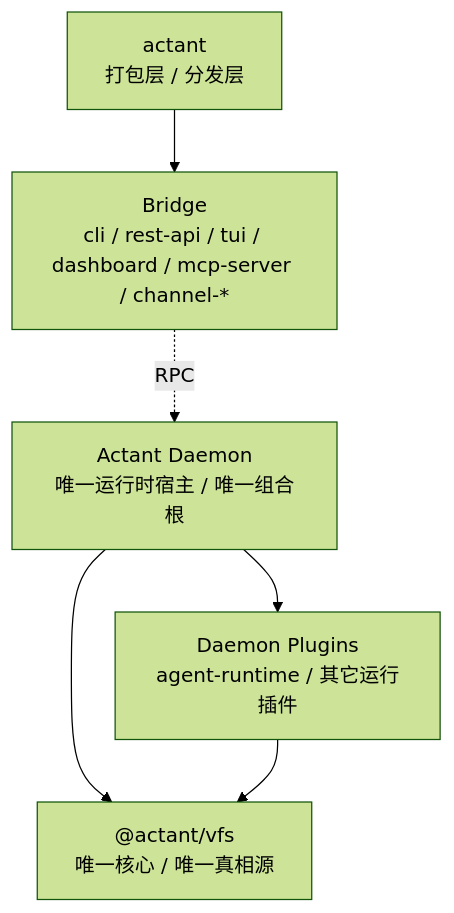
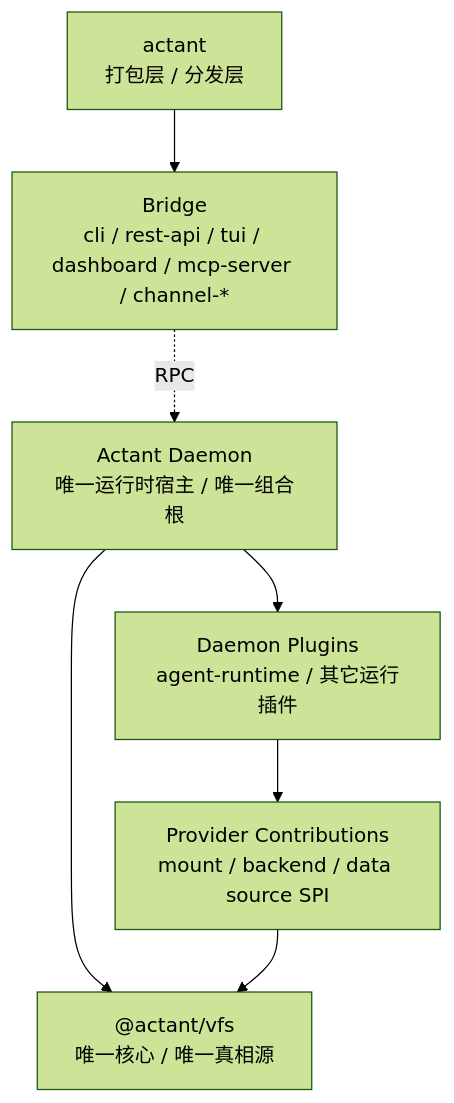
The diagram in .trellis/spec/index.md (blackplume233/Actant), drawn with Mermaid (forest theme) before and after one commit. The commit also changed 7 other files, not shown here.

Commit message:
[L2] docs(architecture): freeze module structure ownership

````diff
--- a/.trellis/spec/index.md
+++ b/.trellis/spec/index.md
@@ -33,23 +33,27 @@
 ```mermaid
 flowchart TB
     ACTANT["actant
 打包层 / 分发层"]
 
     BRIDGE["Bridge
 cli / rest-api / tui / dashboard / mcp-server / channel-*"]
 
     DAEMON["Actant Daemon
 唯一运行时宿主 / 唯一组合根"]
 
+    CONTRIBUTIONS["Provider Contributions
+mount / backend / data source SPI"]
+
     VFS["@actant/vfs
 唯一核心 / 唯一真相源"]
 
     PLUGINS["Daemon Plugins
 agent-runtime / 其它运行插件"]
 
     ACTANT --> BRIDGE
     BRIDGE -. RPC .-> DAEMON
     DAEMON --> PLUGINS
     DAEMON --> VFS
-    PLUGINS --> VFS
+    PLUGINS --> CONTRIBUTIONS
+    CONTRIBUTIONS --> VFS
 ```
````
